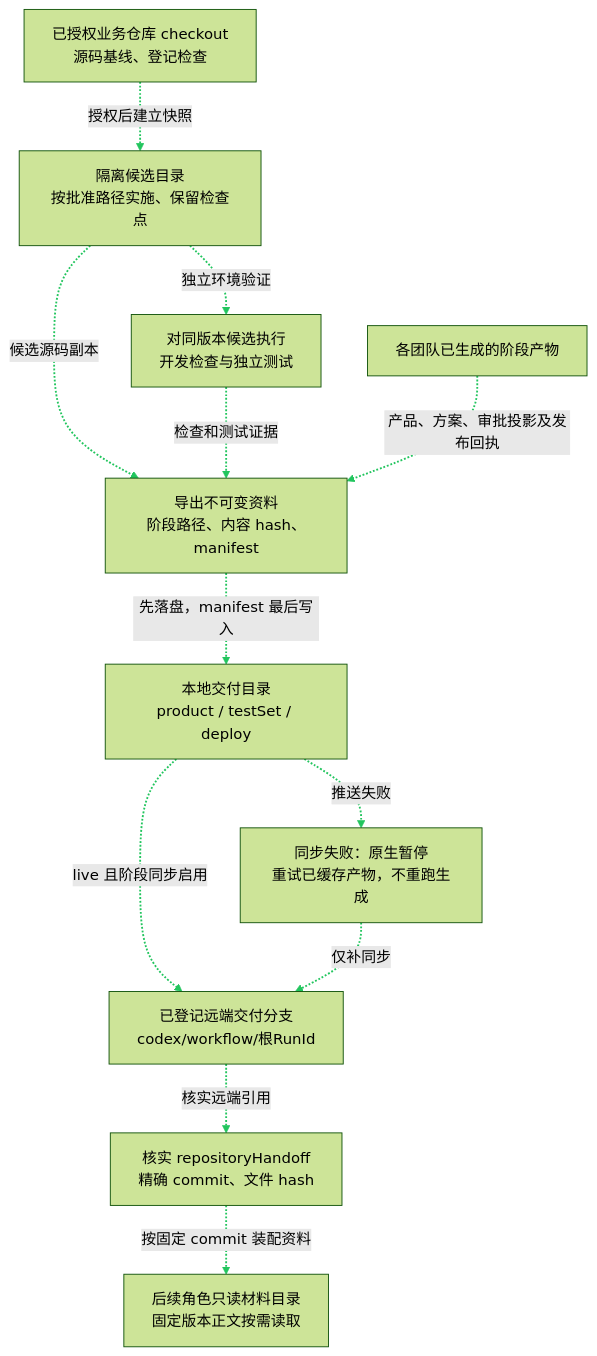
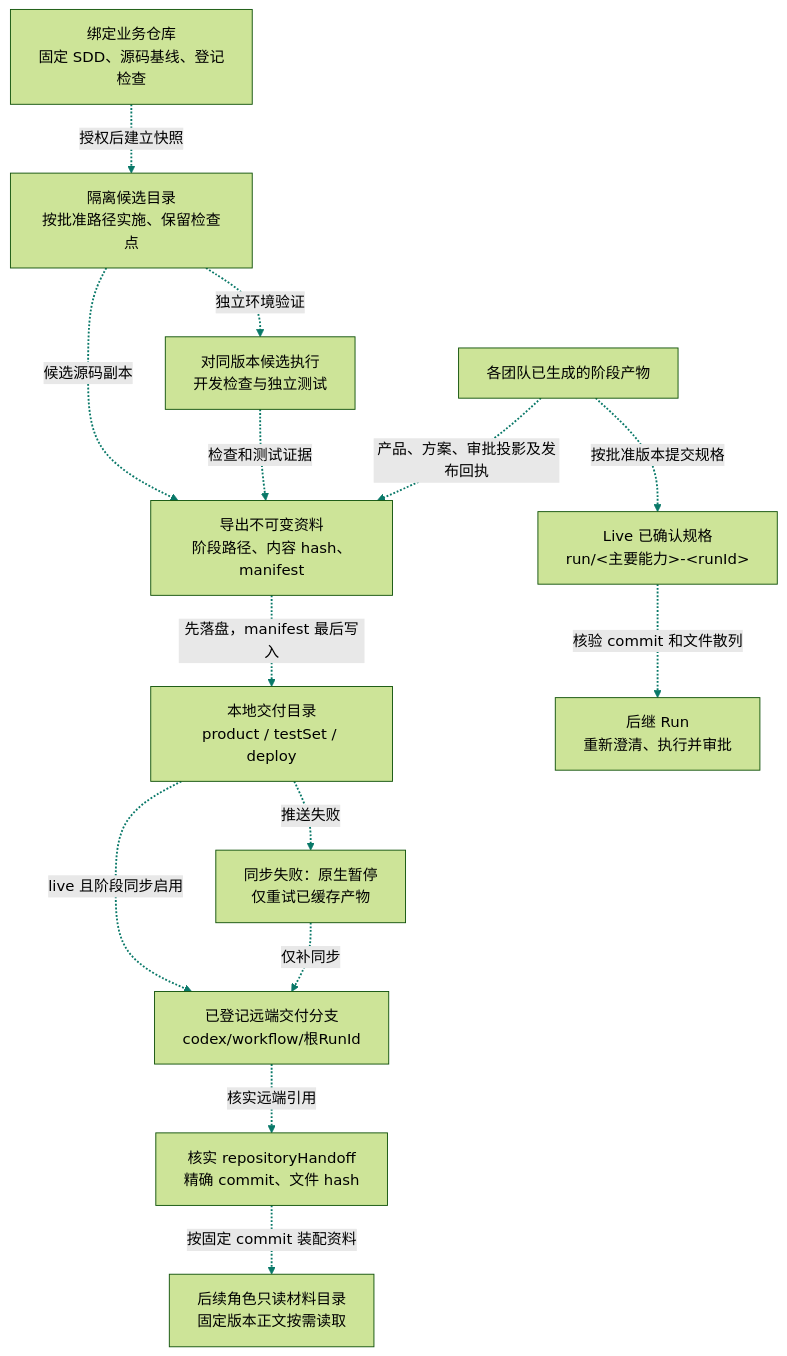
One commit to leidaibo-lab/ai-platform changed the second of 3 diagrams in docs/application/visual-framework.md. Above: the diagram before and after it, drawn with Mermaid (forest theme). The commit also changed other lines of this file and 115 other files, not shown here.

````diff
--- a/docs/application/visual-framework.md
+++ b/docs/application/visual-framework.md
@@ -100,27 +71,32 @@
 ```mermaid
 flowchart TB
-    B["已授权业务仓库 checkout<br/>源码基线、登记检查"]
+    B["绑定业务仓库<br/>固定 SDD、源码基线、登记检查"]
     C["隔离候选目录<br/>按批准路径实施、保留检查点"]
     T["对同版本候选执行<br/>开发检查与独立测试"]
     A["各团队已生成的阶段产物"]
     X["导出不可变资料<br/>阶段路径、内容 hash、manifest"]
     LOCAL["本地交付目录<br/>product / testSet / deploy"]
     R["已登记远端交付分支<br/>codex/workflow/根RunId"]
     H["核实 repositoryHandoff<br/>精确 commit、文件 hash"]
     M["后续角色只读材料目录<br/>固定版本正文按需读取"]
-    RETRY["同步失败：原生暂停<br/>重试已缓存产物，不重跑生成"]
+    RETRY["同步失败：原生暂停<br/>仅重试已缓存产物"]
+    SPEC["Live 已确认规格<br/>run/&lt;主要能力&gt;-&lt;runId&gt;"]
+    NEXT["后继 Run<br/>重新澄清、执行并审批"]
 
     B -.->|授权后建立快照| C
     C -.->|独立环境验证| T
     C -.->|候选源码副本| X
     T -.->|检查和测试证据| X
     A -.->|产品、方案、审批投影及发布回执| X
     X -.->|先落盘，manifest 最后写入| LOCAL
     LOCAL -.->|live 且阶段同步启用| R
     R -.->|核实远端引用| H
     H -.->|按固定 commit 装配资料| M
     LOCAL -.->|推送失败| RETRY
     RETRY -.->|仅补同步| R
 
-    linkStyle 0,1,2,3,4,5,6,7,8,9,10 stroke:#22c55e,stroke-width:2px
+    A -.->|按批准版本提交规格| SPEC
+    SPEC -.->|核验 commit 和文件散列| NEXT
+
+    linkStyle 0,1,2,3,4,5,6,7,8,9,10,11,12 stroke:#097868,stroke-width:2px
 ```
````
